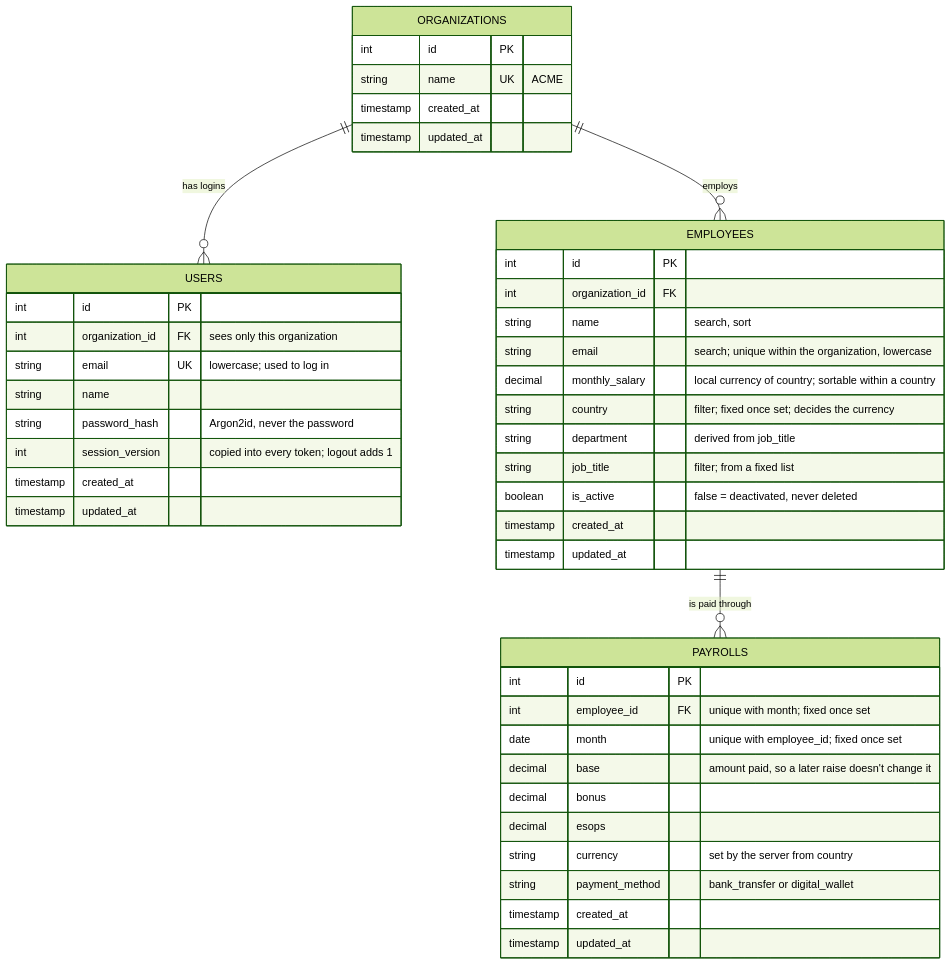
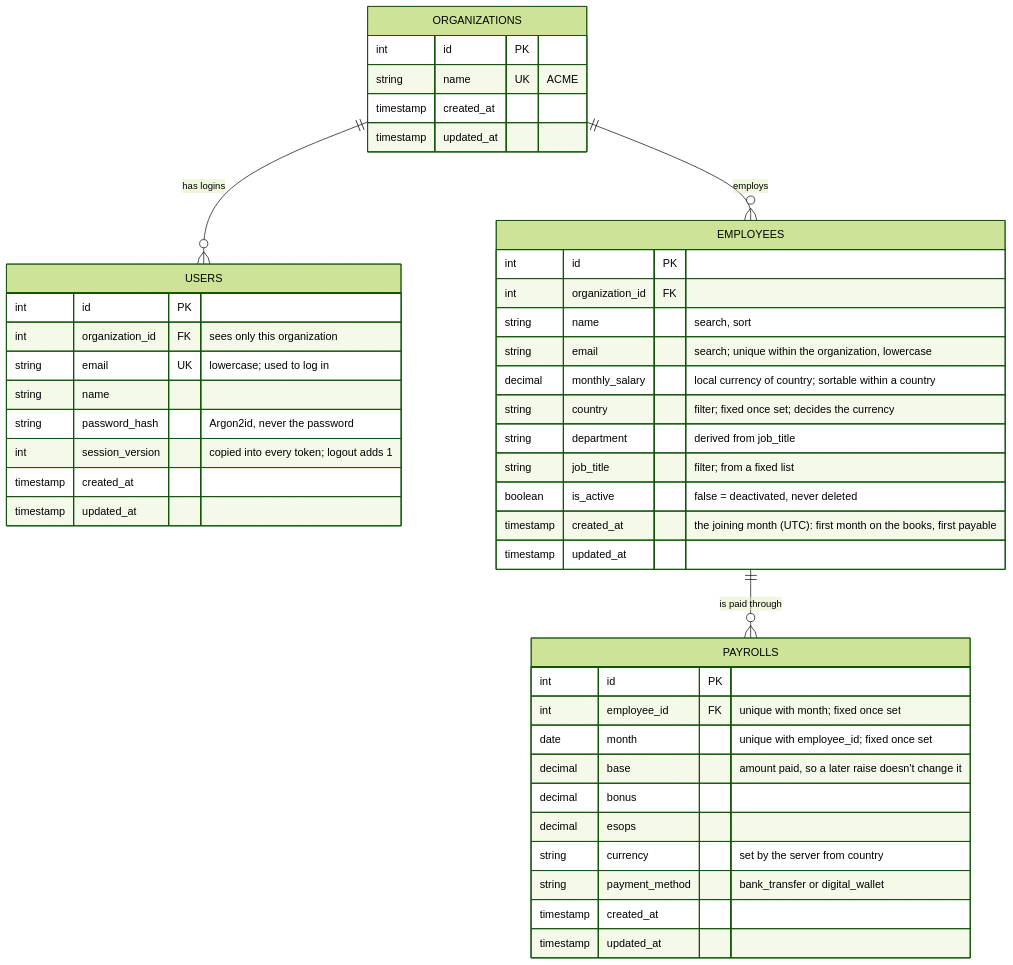
One commit to DaX-523/incubyte_salary_mgmt changed the first of 5 diagrams in artifacts/DIAGRAMS.md. Above: the diagram before and after it, drawn with Mermaid (forest theme). The commit also changed other lines of this file and 1 other file, not shown here.

Commit message:
update diagrams

````diff
--- a/artifacts/DIAGRAMS.md
+++ b/artifacts/DIAGRAMS.md
@@ -12,51 +13,51 @@
 ```mermaid
 erDiagram
     ORGANIZATIONS ||--o{ USERS : "has logins"
     ORGANIZATIONS ||--o{ EMPLOYEES : "employs"
     EMPLOYEES ||--o{ PAYROLLS : "is paid through"
 
     ORGANIZATIONS {
         int id PK
         string name UK "ACME"
         timestamp created_at
         timestamp updated_at
     }
 
     USERS {
         int id PK
         int organization_id FK "sees only this organization"
         string email UK "lowercase; used to log in"
         string name
         string password_hash "Argon2id, never the password"
         int session_version "copied into every token; logout adds 1"
         timestamp created_at
         timestamp updated_at
     }
 
     EMPLOYEES {
         int id PK
         int organization_id FK
         string name "search, sort"
         string email "search; unique within the organization, lowercase"
         decimal monthly_salary "local currency of country; sortable within a country"
         string country "filter; fixed once set; decides the currency"
         string department "derived from job_title"
         string job_title "filter; from a fixed list"
         boolean is_active "false = deactivated, never deleted"
-        timestamp created_at
+        timestamp created_at "the joining month (UTC): first month on the books, first payable"
         timestamp updated_at
     }
 
     PAYROLLS {
         int id PK
         int employee_id FK "unique with month; fixed once set"
         date month "unique with employee_id; fixed once set"
         decimal base "amount paid, so a later raise doesn't change it"
         decimal bonus
         decimal esops
         string currency "set by the server from country"
         string payment_method "bank_transfer or digital_wallet"
         timestamp created_at
         timestamp updated_at
     }
 ```
````
